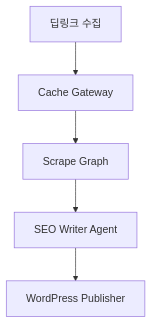
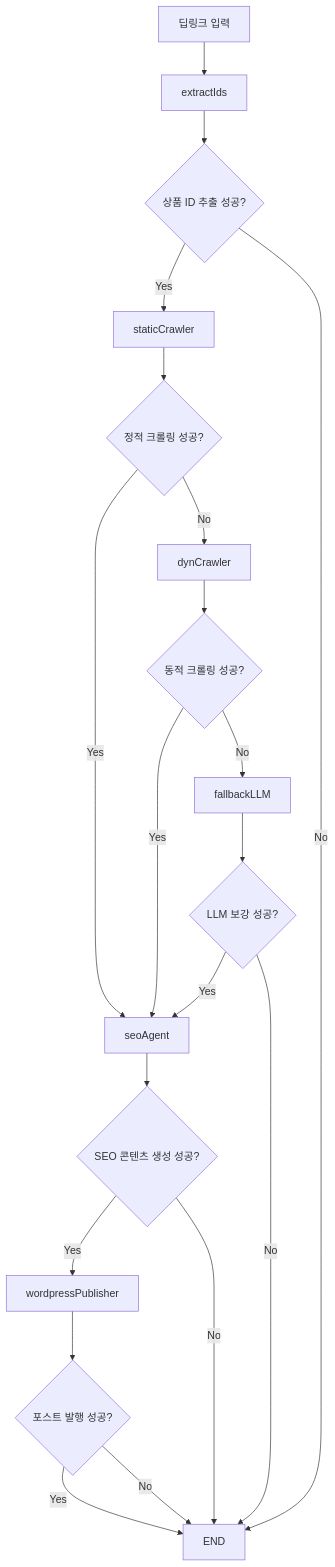
Before and after one commit to kjh5848/cp9: the second of 2 diagrams in README.md, drawn with Mermaid. The commit also changed other lines of this file and 16 other files, not shown here.

````diff
--- a/README.md
+++ b/README.md
@@ -366,7 +429,22 @@
 ```mermaid
 graph TD
-A[딥링크 수집] --> B[Cache Gateway]
-B --> C[Scrape Graph]
-C --> D[SEO Writer Agent]
-D --> E[WordPress Publisher]
+A[딥링크 입력] --> B[extractIds]
+B --> C{상품 ID 추출 성공?}
+C -->|Yes| D[staticCrawler]
+C -->|No| END
+D --> E{정적 크롤링 성공?}
+E -->|Yes| F[seoAgent]
+E -->|No| G[dynCrawler]
+G --> H{동적 크롤링 성공?}
+H -->|Yes| F
+H -->|No| I[fallbackLLM]
+I --> J{LLM 보강 성공?}
+J -->|Yes| F
+J -->|No| END
+F --> K{SEO 콘텐츠 생성 성공?}
+K -->|Yes| L[wordpressPublisher]
+K -->|No| END
+L --> M{포스트 발행 성공?}
+M -->|Yes| END
+M -->|No| END
 ```
````
